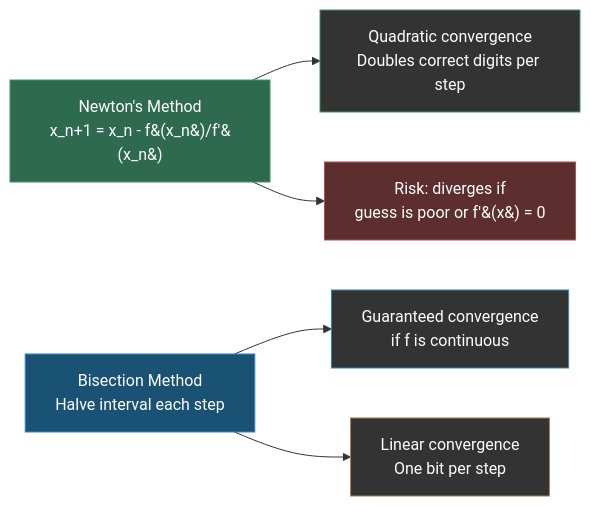
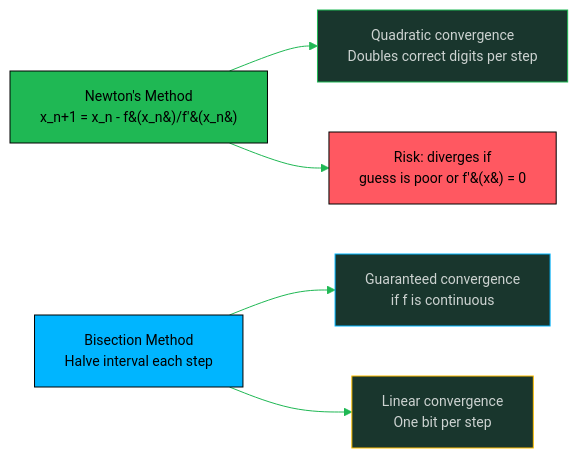
The diagram in math-for-software-engineering-note/11_numerical_precision.md (oat431/swe-knowledge), drawn with Mermaid before and after one commit. The commit also changed other lines of this file and 18 other files, not shown here.

````diff
--- a/math-for-software-engineering-note/11_numerical_precision.md
+++ b/math-for-software-engineering-note/11_numerical_precision.md
@@ -151,15 +151,16 @@
 ```mermaid
+%%{init: {'theme':'base','themeVariables':{'primaryColor':'#19362D','primaryTextColor':'#CDD3D1','primaryBorderColor':'#1FB854','lineColor':'#1FB854','background':'#1B1717','mainBkg':'#19362D','clusterBkg':'#161212','edgeLabelBackground':'#161212','titleColor':'#1FB854','fontSize':'14px'}}}%%
 flowchart LR
     NEWTON["Newton's Method\nx_n+1 = x_n - f&#40;x_n&#41;/f'&#40;x_n&#41;"] --> FAST["Quadratic convergence\nDoubles correct digits per step"]
     NEWTON --> RISK["Risk: diverges if\nguess is poor or f'&#40;x&#41; = 0"]
 
     BISECT["Bisection Method\nHalve interval each step"] --> SAFE["Guaranteed convergence\nif f is continuous"]
     BISECT --> SLOW["Linear convergence\nOne bit per step"]
 
-    style NEWTON fill:#2d6a4f,stroke:#40916c,color:#fff
-    style BISECT fill:#1a5276,stroke:#2e86c1,color:#fff
-    style FAST fill:#333,stroke:#40916c,color:#fff
-    style RISK fill:#5c2e2e,stroke:#a65252,color:#fff
-    style SAFE fill:#333,stroke:#2e86c1,color:#fff
-    style SLOW fill:#333,stroke:#a67c52,color:#fff
+    style NEWTON fill:#1FB854,stroke:#000000,color:#000000
+    style BISECT fill:#00B5FF,stroke:#000000,color:#000000
+    style FAST fill:#19362D,stroke:#1FB854,color:#CDD3D1
+    style RISK fill:#FF5861,stroke:#000000,color:#000000
+    style SAFE fill:#19362D,stroke:#00B5FF,color:#CDD3D1
+    style SLOW fill:#19362D,stroke:#FFBE00,color:#CDD3D1
 ```
````
